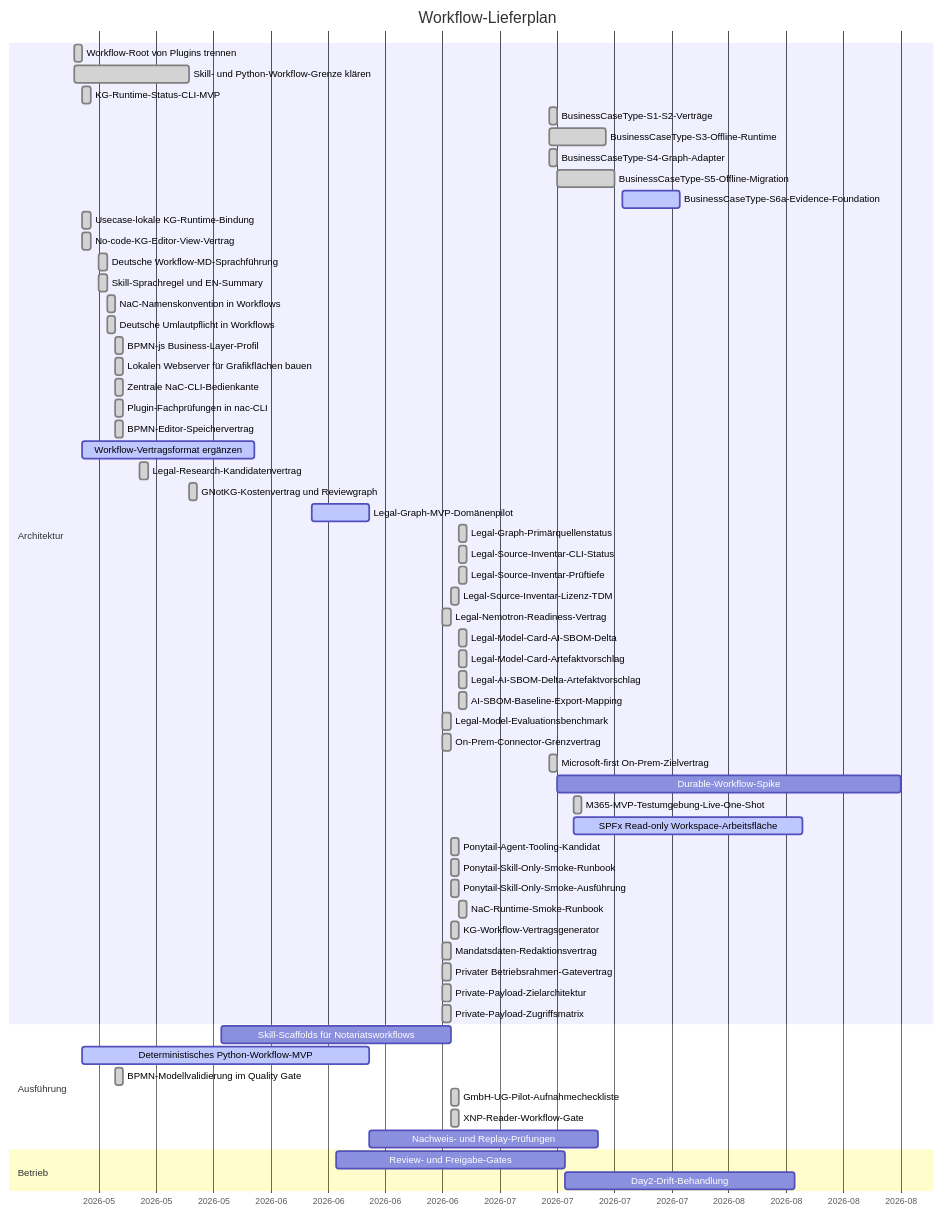
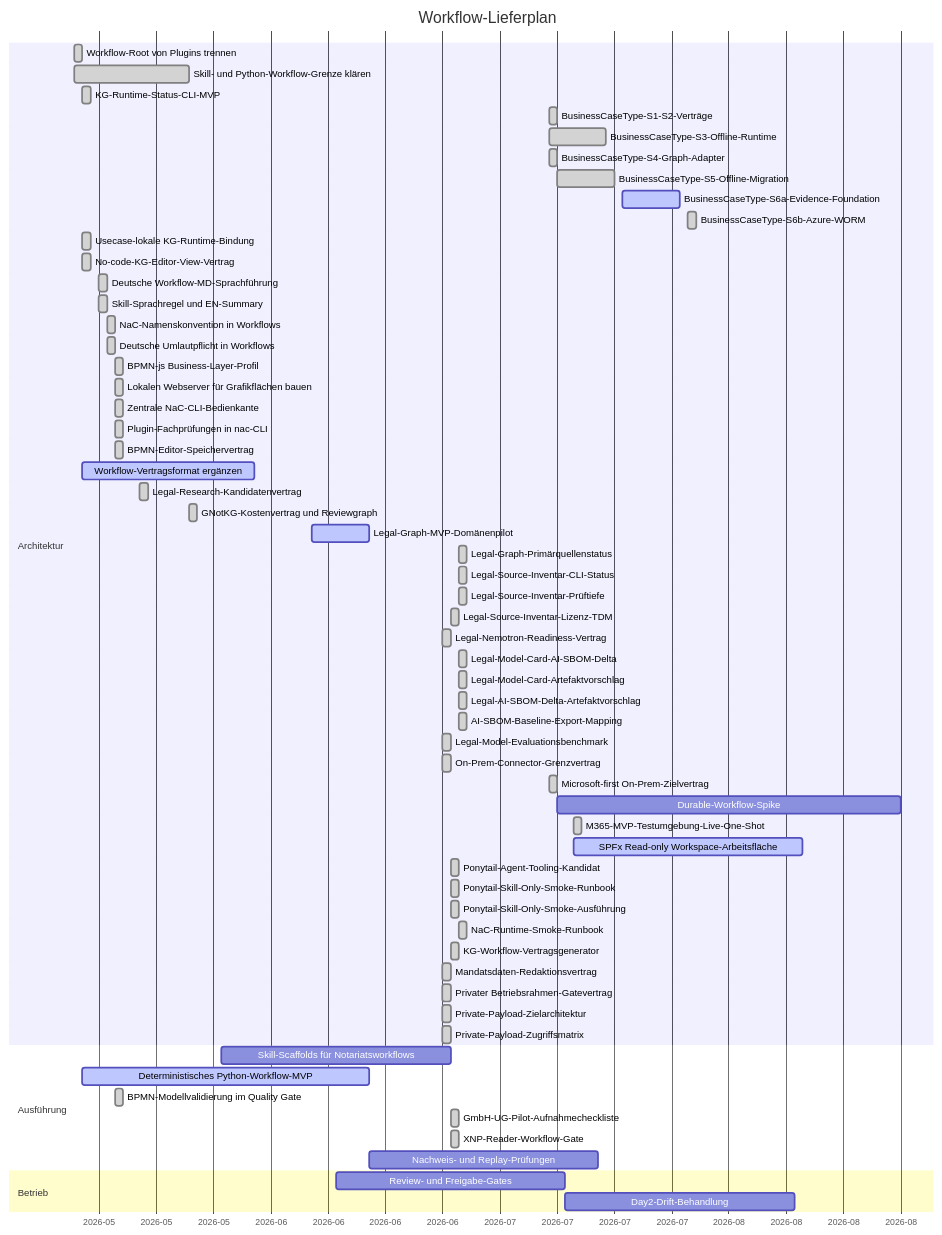
Before and after one commit to notariat8/NaC: the diagram in workflows/GANTT.md, drawn with Mermaid. The commit also changed 33 other files, not shown here.

````diff
--- a/workflows/GANTT.md
+++ b/workflows/GANTT.md
@@ -5,67 +5,68 @@
 ```mermaid
 gantt
     title Workflow-Lieferplan
     dateFormat  YYYY-MM-DD
     axisFormat  %Y-%m
 
     section Architektur
     Workflow-Root von Plugins trennen          :done,   w1, 2026-05-14, 1d
     Skill- und Python-Workflow-Grenze klären  :done,   w2, 2026-05-14, 14d
     KG-Runtime-Status-CLI-MVP                  :done,   w3, 2026-05-15, 1d
     BusinessCaseType-S1-S2-Verträge            :done,   w3b, 2026-07-11, 1d
     BusinessCaseType-S3-Offline-Runtime         :done,   w3c, 2026-07-11, 7d
     BusinessCaseType-S4-Graph-Adapter           :done,   w3d, 2026-07-11, 1d
     BusinessCaseType-S5-Offline-Migration      :done,   w3e, 2026-07-12, 7d
     BusinessCaseType-S6a-Evidence-Foundation    :active, w3f, 2026-07-20, 7d
+    BusinessCaseType-S6b-Azure-WORM           :done,   w3g, 2026-07-28, 1d
     Usecase-lokale KG-Runtime-Bindung          :done,   w3a, 2026-05-15, 1d
     No-code-KG-Editor-View-Vertrag             :done,   w4a, 2026-05-15, 1d
     Deutsche Workflow-MD-Sprachführung        :done,   w4b, 2026-05-17, 1d
     Skill-Sprachregel und EN-Summary            :done,   w4c, 2026-05-17, 1d
     NaC-Namenskonvention in Workflows           :done,   w4d, 2026-05-18, 1d
     Deutsche Umlautpflicht in Workflows         :done,   w4e, 2026-05-18, 1d
     BPMN-js Business-Layer-Profil               :done,   w4f, 2026-05-19, 1d
     Lokalen Webserver für Grafikflächen bauen  :done,   w4g, 2026-05-19, 1d
     Zentrale NaC-CLI-Bedienkante                :done,   w4h, 2026-05-19, 1d
     Plugin-Fachprüfungen in nac-CLI             :done,   w4i, 2026-05-19, 1d
     BPMN-Editor-Speichervertrag                 :done,   w4j, 2026-05-19, 1d
     Workflow-Vertragsformat ergänzen          :active, w4, 2026-05-15, 21d
     Legal-Research-Kandidatenvertrag           :done,   w4k, 2026-05-22, 1d
     GNotKG-Kostenvertrag und Reviewgraph        :done,   w4l, 2026-05-28, 1d
     Legal-Graph-MVP-Domänenpilot              :active, w4m, 2026-06-12, 7d
     Legal-Graph-Primärquellenstatus            :done,   w4z, 2026-06-30, 1d
     Legal-Source-Inventar-CLI-Status           :done,   w4aa, 2026-06-30, 1d
     Legal-Source-Inventar-Prüftiefe            :done,   w4af, 2026-06-30, 1d
     Legal-Source-Inventar-Lizenz-TDM           :done,   w4u, 2026-06-29, 1d
     Legal-Nemotron-Readiness-Vertrag            :done,   w4s, 2026-06-28, 1d
     Legal-Model-Card-AI-SBOM-Delta             :done,   w4ab, 2026-06-30, 1d
     Legal-Model-Card-Artefaktvorschlag         :done,   w4ac, 2026-06-30, 1d
     Legal-AI-SBOM-Delta-Artefaktvorschlag      :done,   w4ad, 2026-06-30, 1d
     AI-SBOM-Baseline-Export-Mapping            :done,   w4ae, 2026-06-30, 1d
     Legal-Model-Evaluationsbenchmark           :done,   w4t, 2026-06-28, 1d
     On-Prem-Connector-Grenzvertrag            :done,   w4n, 2026-06-28, 1d
     Microsoft-first On-Prem-Zielvertrag          :done,   w4ah, 2026-07-11, 1d
     Durable-Workflow-Spike                       :        w4ai, after w4ah, 42d
     M365-MVP-Testumgebung-Live-One-Shot          :done,   w4aj, 2026-07-14, 1d
     SPFx Read-only Workspace-Arbeitsfläche       :active, w4ak, 2026-07-14, 28d
     Ponytail-Agent-Tooling-Kandidat            :done,   w4v, 2026-06-29, 1d
     Ponytail-Skill-Only-Smoke-Runbook          :done,   w4w, 2026-06-29, 1d
     Ponytail-Skill-Only-Smoke-Ausführung       :done,   w4x, 2026-06-29, 1d
     NaC-Runtime-Smoke-Runbook                  :done,   w4ag, 2026-06-30, 1d
     KG-Workflow-Vertragsgenerator              :done,   w4y, 2026-06-29, 1d
     Mandatsdaten-Redaktionsvertrag             :done,   w4o, 2026-06-28, 1d
     Privater Betriebsrahmen-Gatevertrag        :done,   w4p, 2026-06-28, 1d
     Private-Payload-Zielarchitektur            :done,   w4q, 2026-06-28, 1d
     Private-Payload-Zugriffsmatrix             :done,   w4r, 2026-06-28, 1d
 
     section Ausführung
     Skill-Scaffolds für Notariatsworkflows    :        w5, 2026-06-01, 28d
     Deterministisches Python-Workflow-MVP      :active, w6, 2026-05-15, 35d
     BPMN-Modellvalidierung im Quality Gate      :done,   w6a, 2026-05-19, 1d
     GmbH-UG-Pilot-Aufnahmecheckliste           :done,   w6b, 2026-06-29, 1d
     XNP-Reader-Workflow-Gate                   :done,   w6c, 2026-06-29, 1d
     Nachweis- und Replay-Prüfungen            :        w7, after w6, 28d
 
     section Betrieb
     Review- und Freigabe-Gates                 :        w8, 2026-06-15, 28d
     Day2-Drift-Behandlung                      :        w9, after w8, 28d
 ```
````
